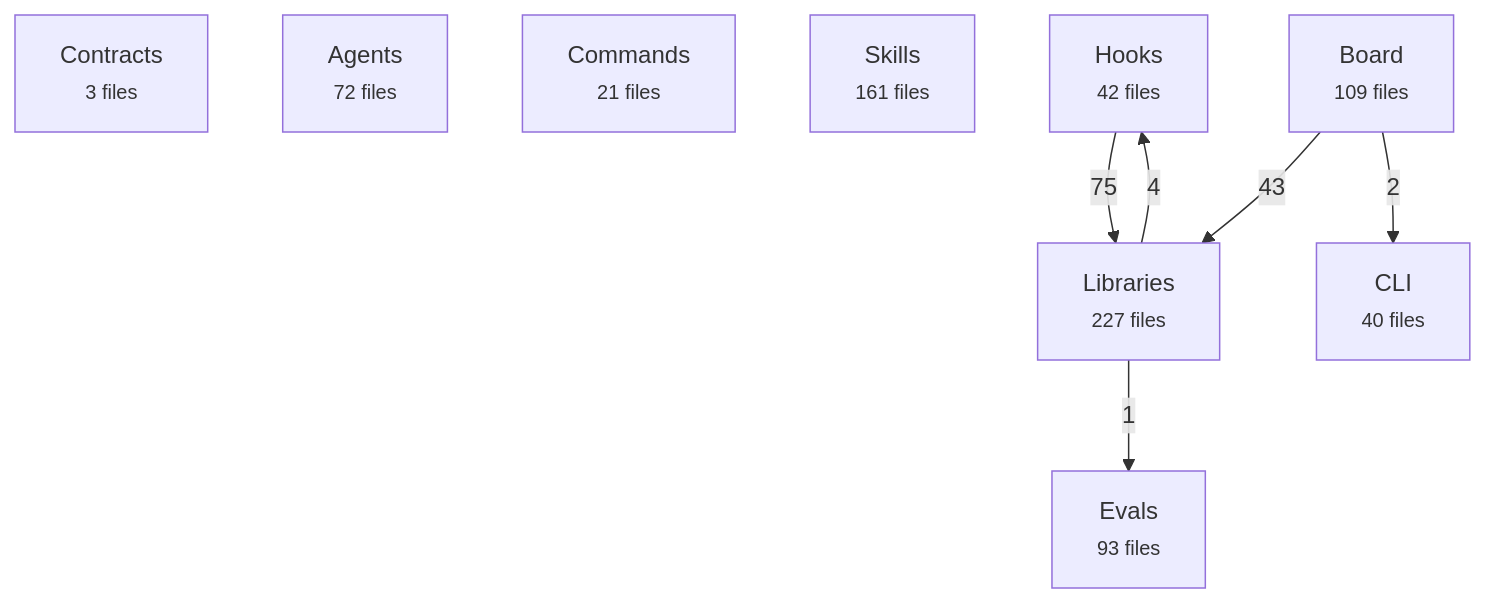
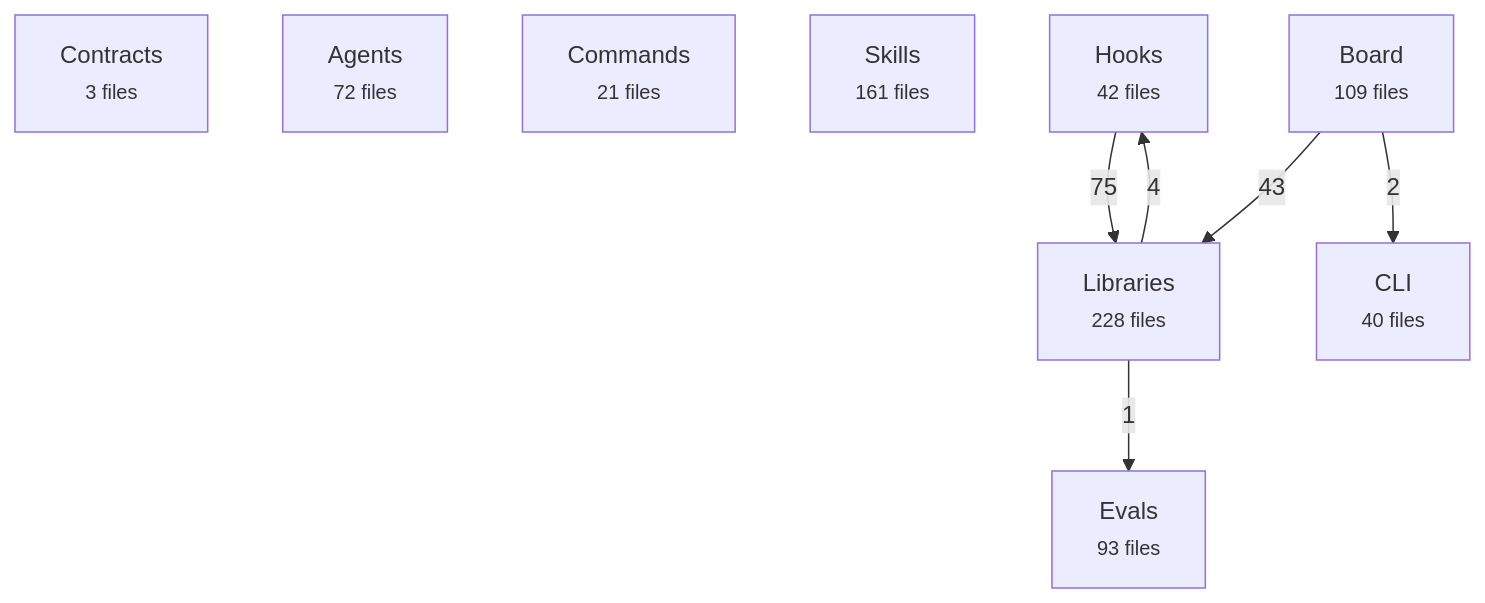
The first of 2 diagrams in docs/reference/architecture-map.md (avelikiy/great_cto), drawn with Mermaid before and after one commit. The commit also changed other lines of this file and 7 other files, not shown here.

````diff
--- a/docs/reference/architecture-map.md
+++ b/docs/reference/architecture-map.md
@@ -20,17 +20,17 @@
 ```mermaid
 flowchart TD
   contracts["Contracts<br/><small>3 files</small>"]
   agents["Agents<br/><small>72 files</small>"]
   commands["Commands<br/><small>21 files</small>"]
   skills["Skills<br/><small>161 files</small>"]
   hooks["Hooks<br/><small>42 files</small>"]
-  libs["Libraries<br/><small>227 files</small>"]
+  libs["Libraries<br/><small>228 files</small>"]
   board["Board<br/><small>109 files</small>"]
   cli["CLI<br/><small>40 files</small>"]
   evals["Evals<br/><small>93 files</small>"]
   hooks -->|75| libs
   board -->|43| libs
   libs -->|4| hooks
   board -->|2| cli
   libs -->|1| evals
 ```
````
